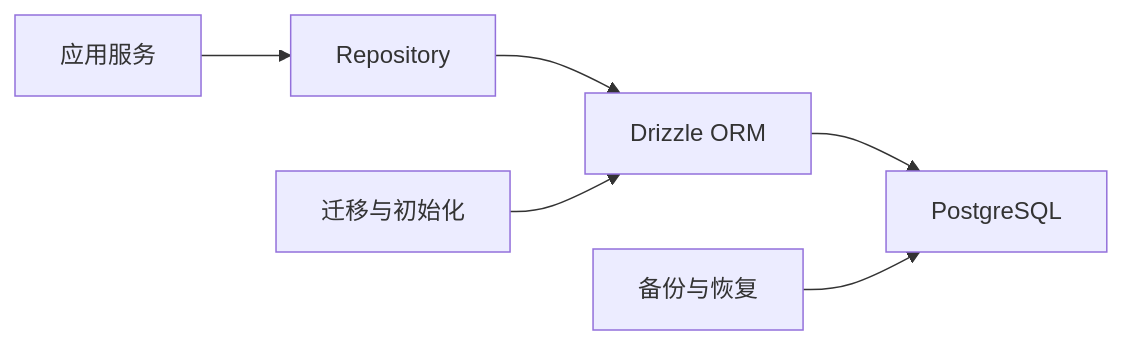
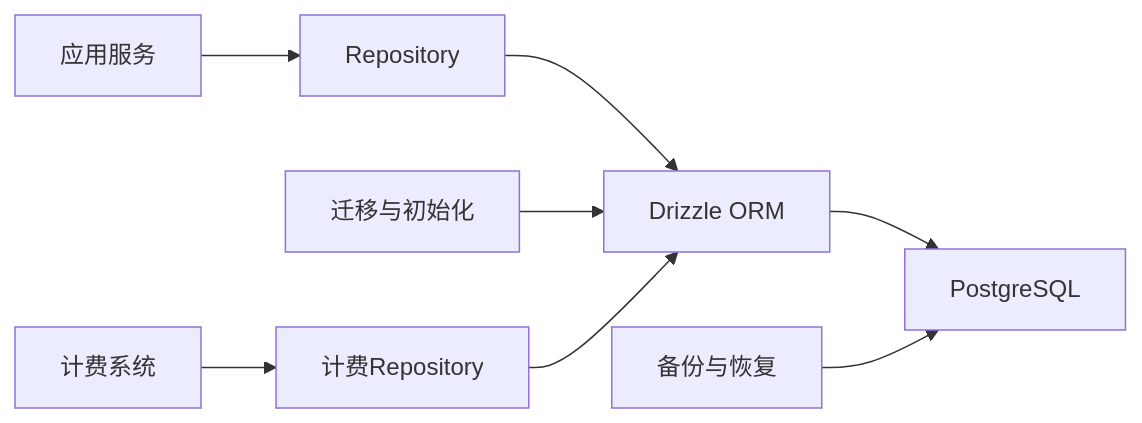
Before and after one commit to scottcwy/PurpleInk: diagram 11 of 12 in .qoder/repowiki/zh/content/数据库设计/数据库设计.md, drawn with Mermaid. The commit also changed other lines of this file and 109 other files, not shown here.

````diff
--- a/.qoder/repowiki/zh/content/数据库设计/数据库设计.md
+++ b/.qoder/repowiki/zh/content/数据库设计/数据库设计.md
@@ -284,8 +470,10 @@
 ```mermaid
 graph LR
 App["应用服务"] --> Repo["Repository"]
 Repo --> Drizzle["Drizzle ORM"]
 Drizzle --> PG["PostgreSQL"]
 Init["迁移与初始化"] --> Drizzle
 Backup["备份与恢复"] --> PG
+Billing["计费系统"] --> BillingRepo["计费Repository"]
+BillingRepo --> Drizzle
 ```
````
